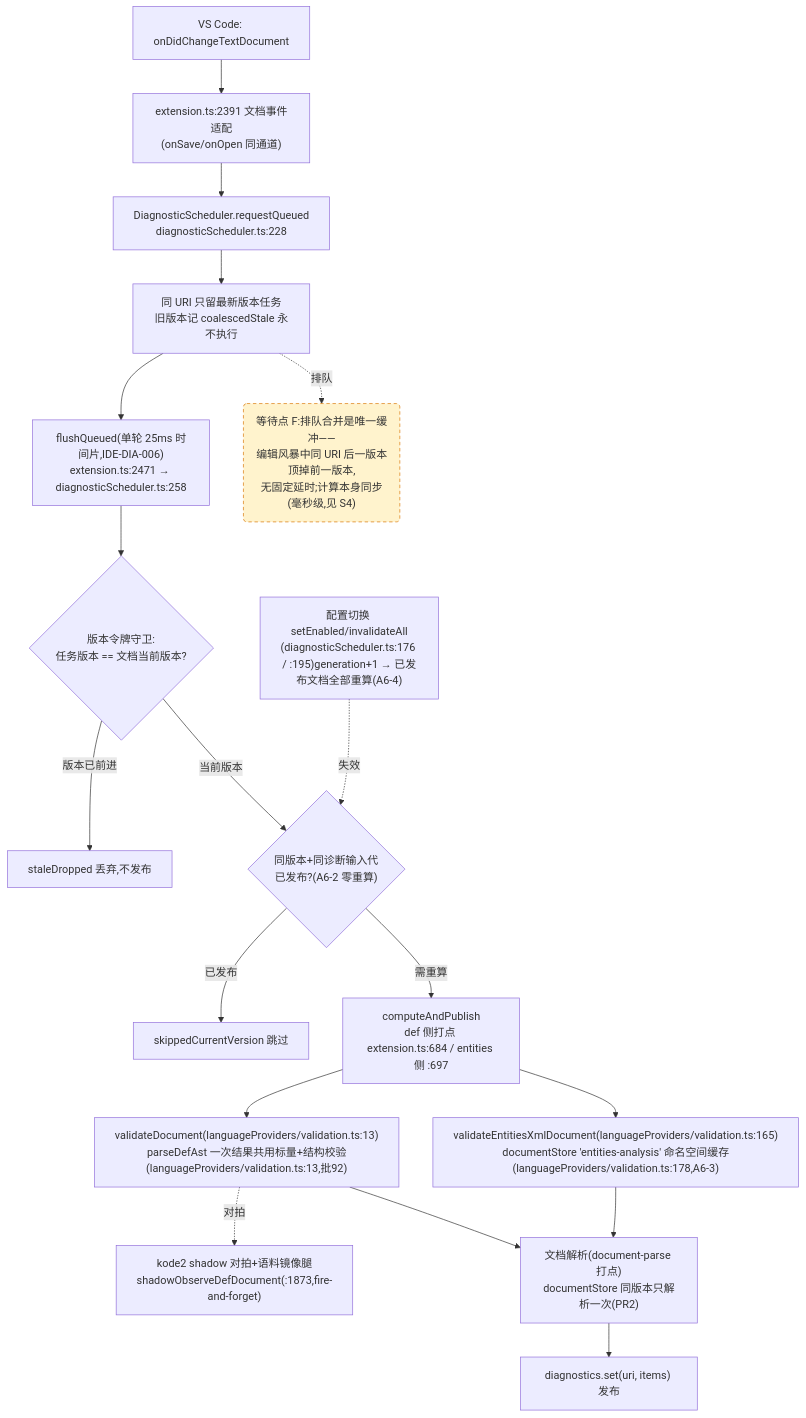
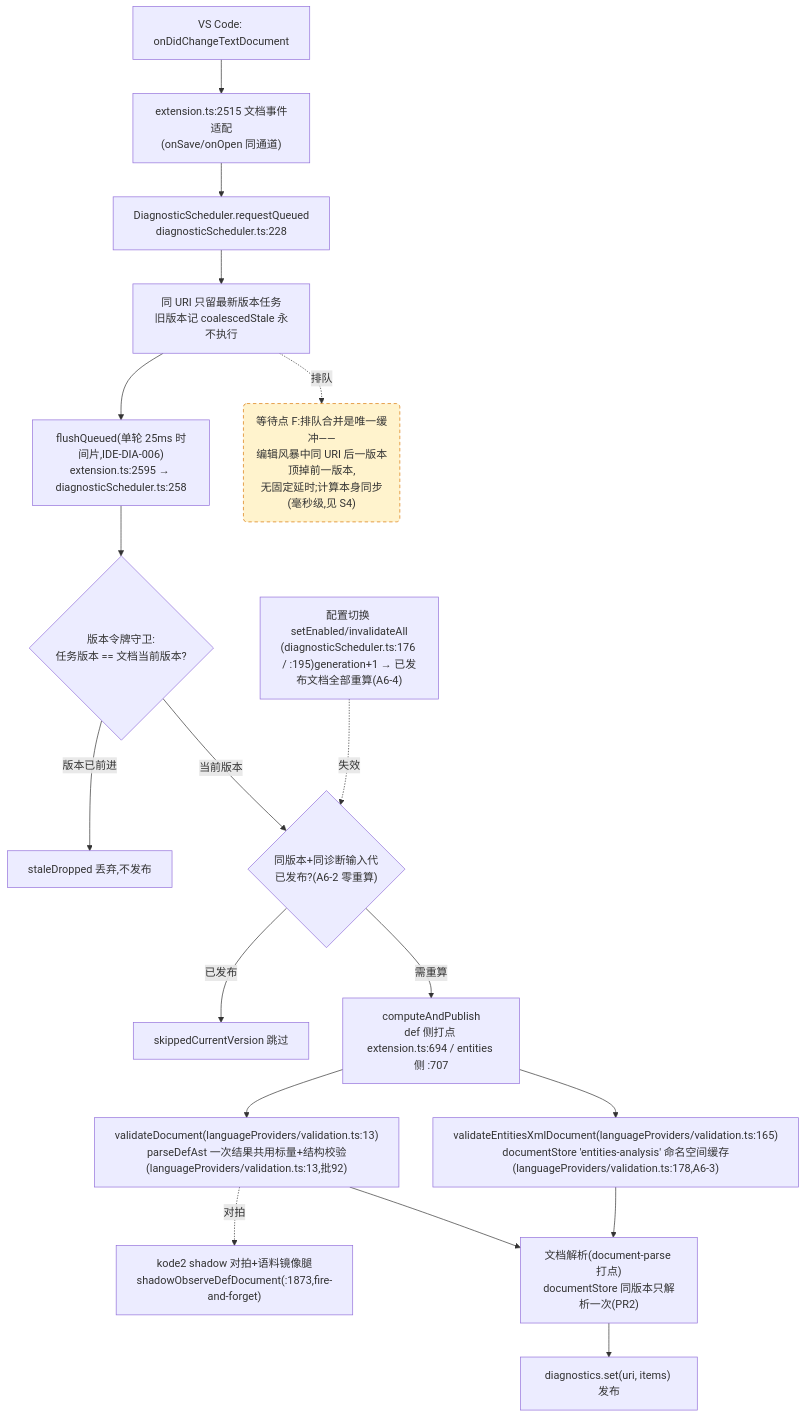
The fourth of 4 diagrams in docs/perf/2026-baseline.md (cuihairu/kode), drawn with Mermaid before and after one commit. The commit also changed other lines of this file and 13 other files, not shown here.

First line of the commit message:
feat(configData): config-data mutation diagnostics and schema hover (KODE-CFG-016)

````diff
--- a/docs/perf/2026-baseline.md
+++ b/docs/perf/2026-baseline.md
@@ -214,38 +214,38 @@
 ```mermaid
 flowchart TD
   CHG["VS Code: onDidChangeTextDocument"]
-  WATCH["extension.ts:2391 文档事件适配<br/>(onSave/onOpen 同通道)"]
+  WATCH["extension.ts:2515 文档事件适配<br/>(onSave/onOpen 同通道)"]
   RQ["DiagnosticScheduler.requestQueued<br/>diagnosticScheduler.ts:228"]
   CO["同 URI 只留最新版本任务<br/>旧版本记 coalescedStale 永不执行"]
-  FL["flushQueued(单轮 25ms 时间片,IDE-DIA-006)<br/>extension.ts:2471 → diagnosticScheduler.ts:258"]
+  FL["flushQueued(单轮 25ms 时间片,IDE-DIA-006)<br/>extension.ts:2595 → diagnosticScheduler.ts:258"]
   VG{"版本令牌守卫:<br/>任务版本 == 文档当前版本?"}
   DROP["staleDropped 丢弃,不发布"]
   GEN{"同版本+同诊断输入代<br/>已发布?(A6-2 零重算)"}
   SKIP["skippedCurrentVersion 跳过"]
-  CALC["computeAndPublish<br/>def 侧打点 extension.ts:684 / entities 侧 :697"]
+  CALC["computeAndPublish<br/>def 侧打点 extension.ts:694 / entities 侧 :707"]
   VD["validateDocument(languageProviders/validation.ts:13)<br/>parseDefAst 一次结果共用标量+结构校验(languageProviders/validation.ts:13,批92)"]
   VEX["validateEntitiesXmlDocument(languageProviders/validation.ts:165)<br/>documentStore 'entities-analysis' 命名空间缓存(languageProviders/validation.ts:178,A6-3)"]
   SHDD["kode2 shadow 对拍+语料镜像腿<br/>shadowObserveDefDocument(:1873,fire-and-forget)"]
   DS["文档解析(document-parse 打点)<br/>documentStore 同版本只解析一次(PR2)"]
   PUB["diagnostics.set(uri, items) 发布"]
   CFG2["配置切换 setEnabled/invalidateAll<br/>(diagnosticScheduler.ts:176 / :195)generation+1 → 已发布文档全部重算(A6-4)"]
 
   CHG --> WATCH --> RQ --> CO --> FL --> VG
   VG -- "版本已前进" --> DROP
   VG -- "当前版本" --> GEN
   GEN -- "已发布" --> SKIP
   GEN -- "需重算" --> CALC
   CALC --> VD
   CALC --> VEX
   VD --> DS
   VEX --> DS
   DS --> PUB
   VD -.->|对拍| SHDD
   CFG2 -.->|失效| GEN
 
   WAITF("等待点 F:排队合并是唯一缓冲——<br/>编辑风暴中同 URI 后一版本顶掉前一版本,<br/>无固定延时;计算本身同步(毫秒级,见 S4)")
   CO -.->|排队| WAITF
 
   classDef waitPoint fill:#fff3cd,stroke:#d97706,stroke-dasharray:5 4;
   class WAITF waitPoint;
 ```
````
